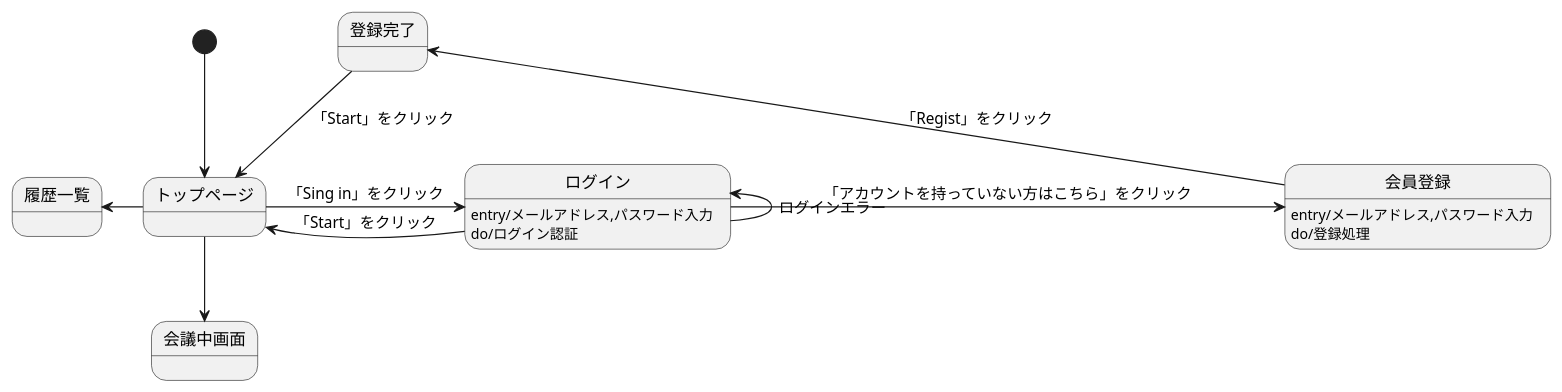
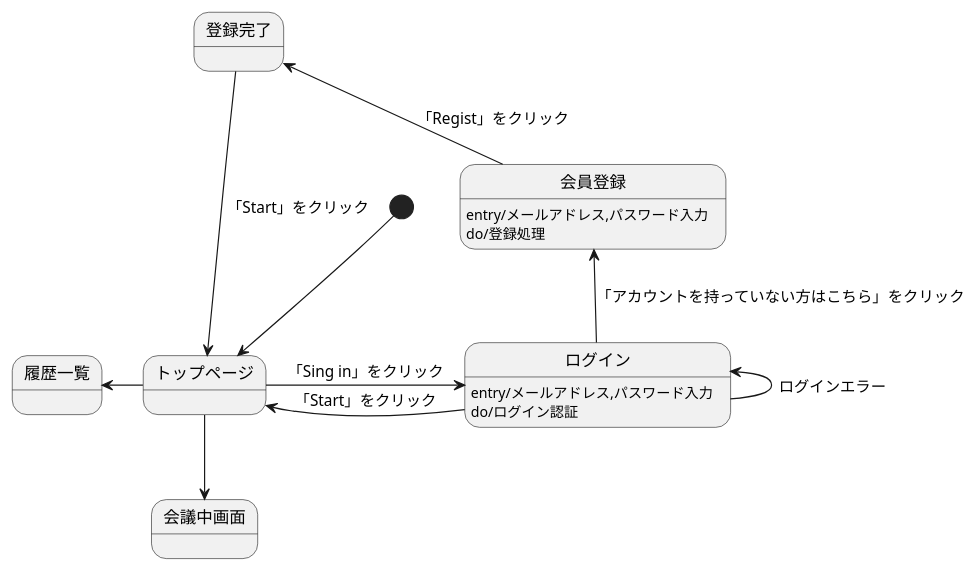
Before and after one commit to Aso2001031/2021sys-design: the diagram in 画面遷移図.md, drawn with PlantUML.

````diff
--- a/画面遷移図.md
+++ b/画面遷移図.md
@@ -1,25 +1,25 @@
 ```uml
 @startuml
 
 [*] -down-> トップページ
 
 
 トップページ -right-> ログイン :「Sing in」をクリック
 トップページ -left-> 履歴一覧
 トップページ -down-> 会議中画面
 
 
 ログイン : entry/メールアドレス,パスワード入力
 ログイン : do/ログイン認証
 ログイン -left-> トップページ :「Start」をクリック
-ログイン -> 会員登録 :「アカウントを持っていない方はこちら」をクリック
+ログイン -up-> 会員登録 :「アカウントを持っていない方はこちら」をクリック
 ログイン -up-> ログイン :ログインエラー
 
 会員登録 : entry/メールアドレス,パスワード入力
 会員登録 : do/登録処理
 会員登録 -up-> 登録完了 : 「Regist」をクリック
 
 登録完了 -> トップページ :「Start」をクリック
 
 @enduml
 ```
````
